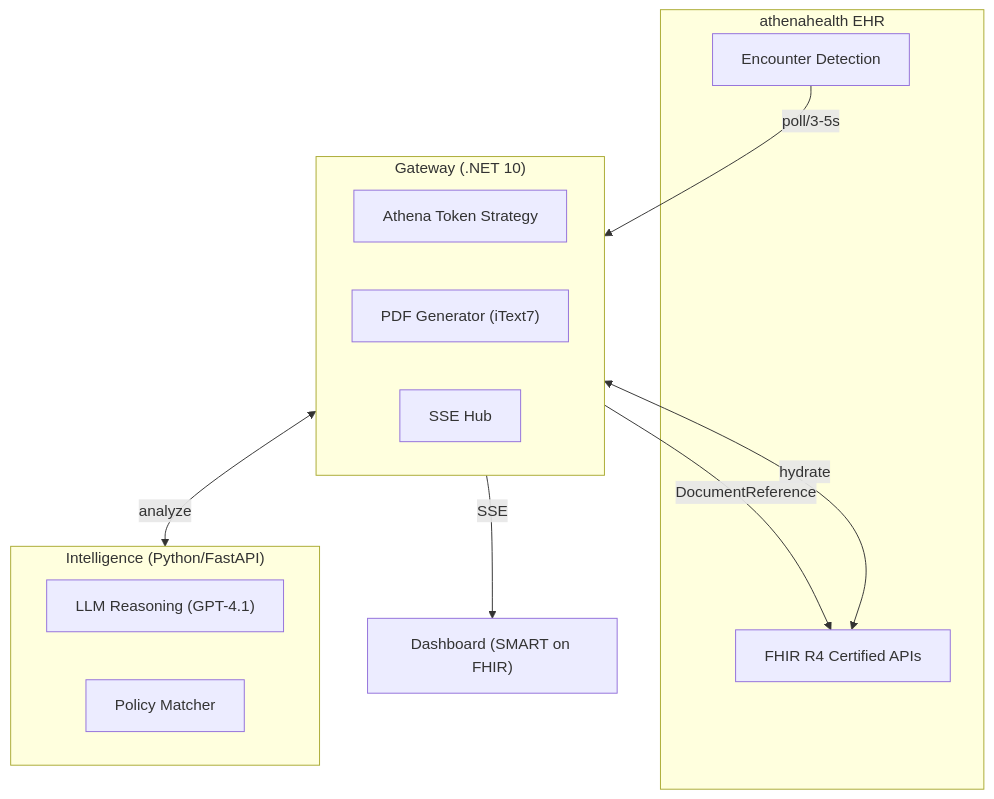
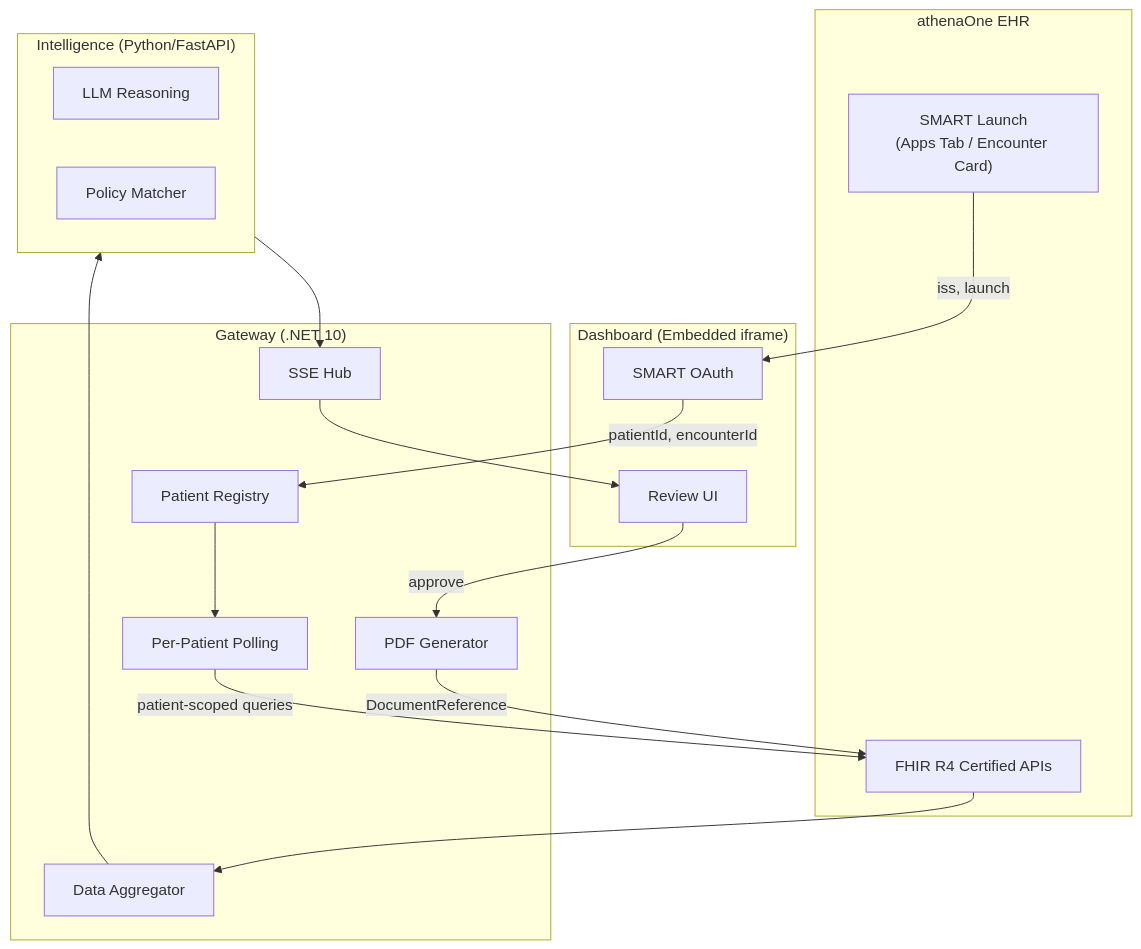
Before and after one commit to lvlup-sw/authscript: the first of 2 diagrams in docs/designs/2026-01-29-athenahealth-pivot-mvp.md, drawn with Mermaid. The commit also changed other lines of this file and 2 other files, not shown here.

First line of the commit message:
docs: revise athenahealth design for SMART on FHIR embedded app architecture

````diff
--- a/docs/designs/2026-01-29-athenahealth-pivot-mvp.md
+++ b/docs/designs/2026-01-29-athenahealth-pivot-mvp.md
@@ -53,26 +76,36 @@
 ```mermaid
 flowchart TB
-    subgraph EHR["athenahealth EHR"]
+    subgraph athenaOne["athenaOne EHR"]
+        Launch["SMART Launch<br/>(Apps Tab / Encounter Card)"]
         FHIR["FHIR R4 Certified APIs"]
-        Encounters["Encounter Detection"]
+    end
+
+    subgraph Dashboard["Dashboard (Embedded iframe)"]
+        OAuth["SMART OAuth"]
+        UI["Review UI"]
     end
 
     subgraph Gateway["Gateway (.NET 10)"]
-        Token["Athena Token Strategy"]
-        PDF["PDF Generator (iText7)"]
+        Registry["Patient Registry"]
+        Poller["Per-Patient Polling"]
+        Aggregator["Data Aggregator"]
         SSE["SSE Hub"]
+        PDF["PDF Generator"]
     end
 
     subgraph Intelligence["Intelligence (Python/FastAPI)"]
-        LLM["LLM Reasoning (GPT-4.1)"]
+        LLM["LLM Reasoning"]
         Policy["Policy Matcher"]
     end
 
-    Dashboard["Dashboard (SMART on FHIR)"]
-
-    Encounters -->|"poll/3-5s"| Gateway
-    FHIR <-->|"hydrate"| Gateway
-    Gateway <-->|"analyze"| Intelligence
-    Gateway -->|"SSE"| Dashboard
-    Gateway -->|"DocumentReference"| FHIR
+    Launch -->|"iss, launch"| OAuth
+    OAuth -->|"patientId, encounterId"| Registry
+    Registry --> Poller
+    Poller -->|"patient-scoped queries"| FHIR
+    FHIR --> Aggregator
+    Aggregator --> Intelligence
+    Intelligence --> SSE
+    SSE --> UI
+    UI -->|"approve"| PDF
+    PDF -->|"DocumentReference"| FHIR
 ```
````
